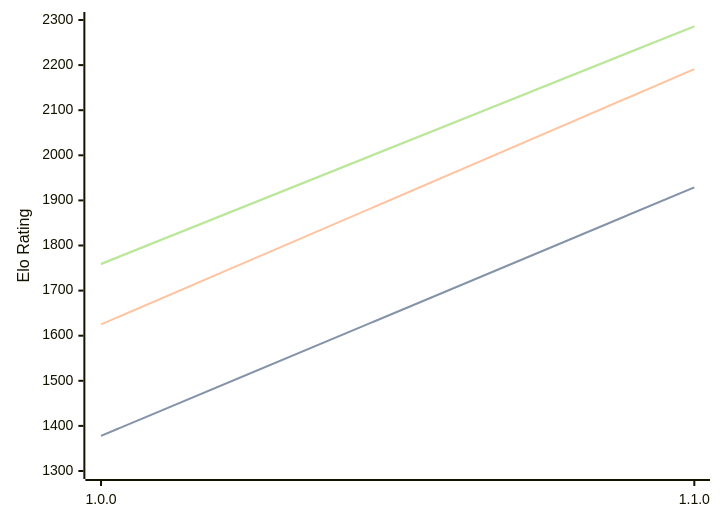
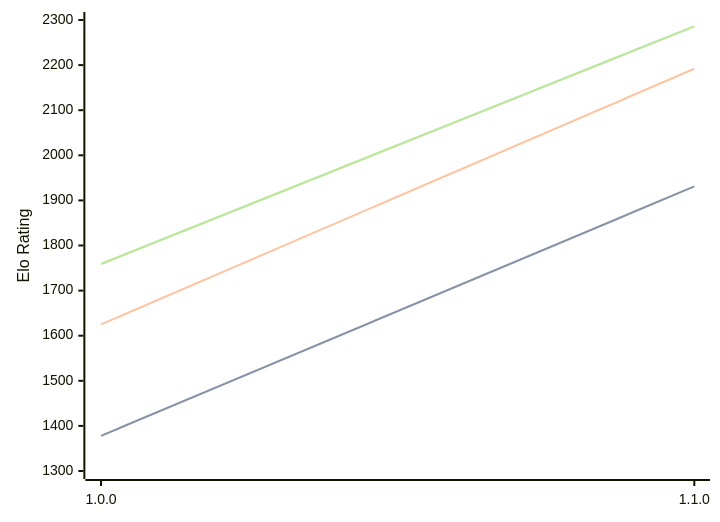
Before and after one commit to computer-chess-index/cci: the diagram in engines/Akerbeltz.md, drawn with Mermaid. The commit also changed other lines of this file, not shown here.

````diff
--- a/engines/Akerbeltz.md
+++ b/engines/Akerbeltz.md
@@ -32,11 +32,11 @@
 ```mermaid
 %%{init: {"theme":"base","themeVariables":{"seriesColors:['#a3a3a3','#222221','#faa371']}}}%%
 xychart-beta
   x-axis ["1.0.0", "1.1.0"]
   y-axis "Elo Rating" 1300 --> 2300
-  line "STC (8.0+0.08s)" [1378, 1929]
-  line "STC (8.0+0.08s)" [1378, 1929]
-  line "LTC (60.0+0.60s)" [1625, 2191]
+  line "STC (8.0+0.08s)" [1378, 1931]
+  line "STC (8.0+0.08s)" [1378, 1931]
+  line "LTC (60.0+0.60s)" [1625, 2192]
   line "VLTC (2m24s+1.12s)" [1759, 2286]
   line "VLTC (2m24s+1.12s)" [1759, 2286]
 ```
````
